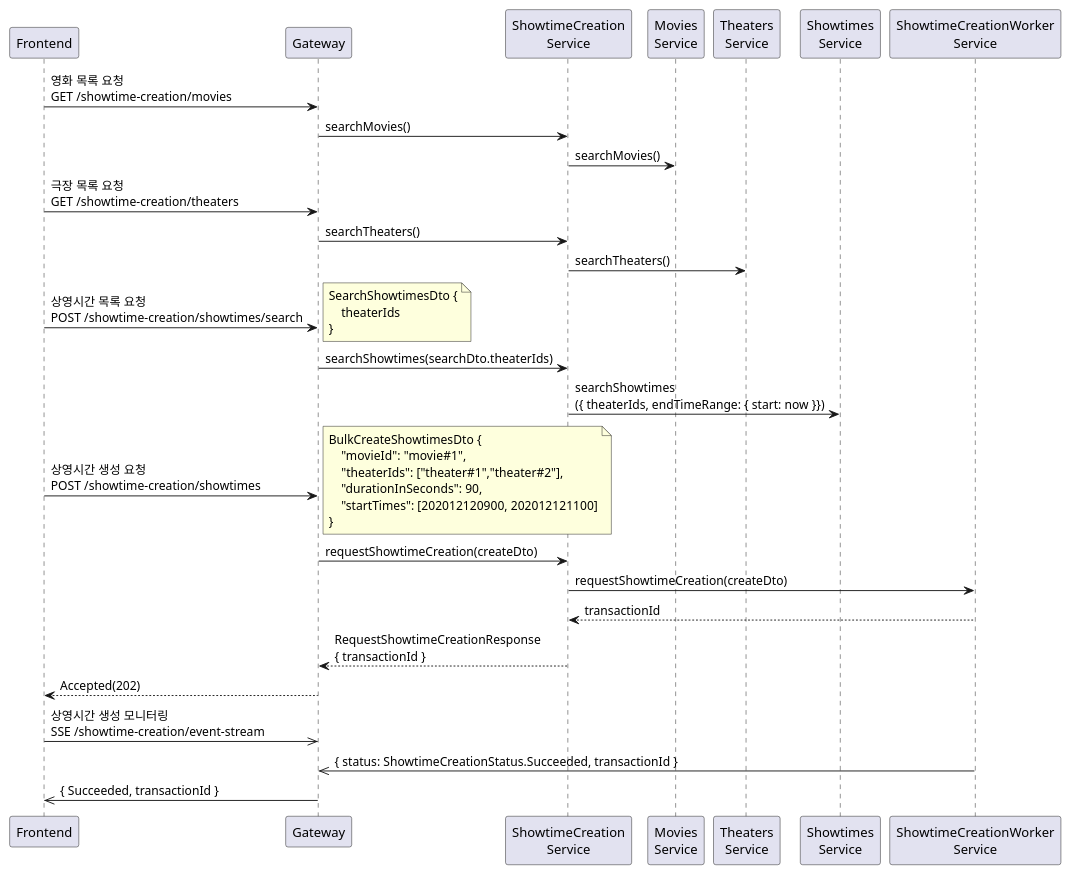
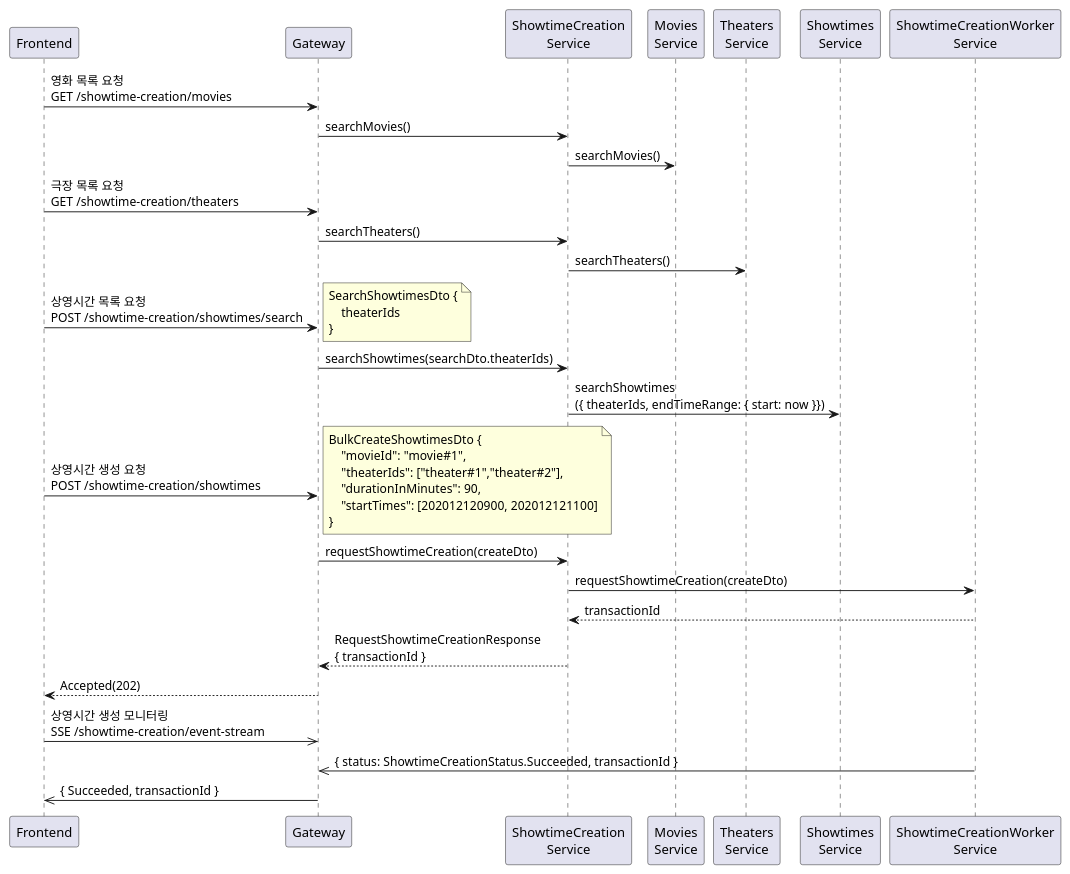
The ninth of 16 diagrams in _posts/2025-06-01-backend-design-3.md (mannercode/mannercode.github.io), drawn with PlantUML before and after one commit. The commit also changed other lines of this file and 22 other files, not shown here.

```diff
--- a/_posts/2025-06-01-backend-design-3.md
+++ b/_posts/2025-06-01-backend-design-3.md
@@ -529,47 +529,47 @@
 {% plantuml %}
 @startuml
 participant Frontend as frontend
 participant Gateway as gateway
 participant "ShowtimeCreation\nService" as creation
 participant "Movies\nService" as movies
 participant "Theaters\nService" as theaters
 participant "Showtimes\nService" as showtimes
 participant "ShowtimeCreationWorker\nService" as worker
 
 frontend -> gateway: 영화 목록 요청\nGET /showtime-creation/movies
     gateway -> creation: searchMovies()
         creation -> movies: searchMovies()
 
 frontend -> gateway: 극장 목록 요청\nGET /showtime-creation/theaters
     gateway -> creation: searchTheaters()
         creation -> theaters: searchTheaters()
 
 frontend -> gateway: 상영시간 목록 요청\nPOST /showtime-creation/showtimes/search
     note right
         SearchShowtimesDto {
             theaterIds
         }
     end note
     gateway -> creation: searchShowtimes(searchDto.theaterIds)
         creation -> showtimes: searchShowtimes\n({ theaterIds, endTimeRange: { start: now }})
 
 frontend -> gateway: 상영시간 생성 요청\nPOST /showtime-creation/showtimes
     note right
         BulkCreateShowtimesDto {
             "movieId": "movie#1",
             "theaterIds": ["theater#1","theater#2"],
-            "durationInSeconds": 90,
+            "durationInMinutes": 90,
             "startTimes": [202012120900, 202012121100]
         }
     end note
     gateway -> creation: requestShowtimeCreation(createDto)
         creation -> worker: requestShowtimeCreation(createDto)
         creation <-- worker: transactionId
     gateway <-- creation: RequestShowtimeCreationResponse\n{ transactionId }
 frontend <-- gateway: Accepted(202)
 
 frontend ->> gateway: 상영시간 생성 모니터링\nSSE /showtime-creation/event-stream
 gateway <<- worker: { status: ShowtimeCreationStatus.Succeeded, transactionId }
 frontend <<- gateway: { Succeeded, transactionId }
 @enduml
 {% endplantuml %}
```
